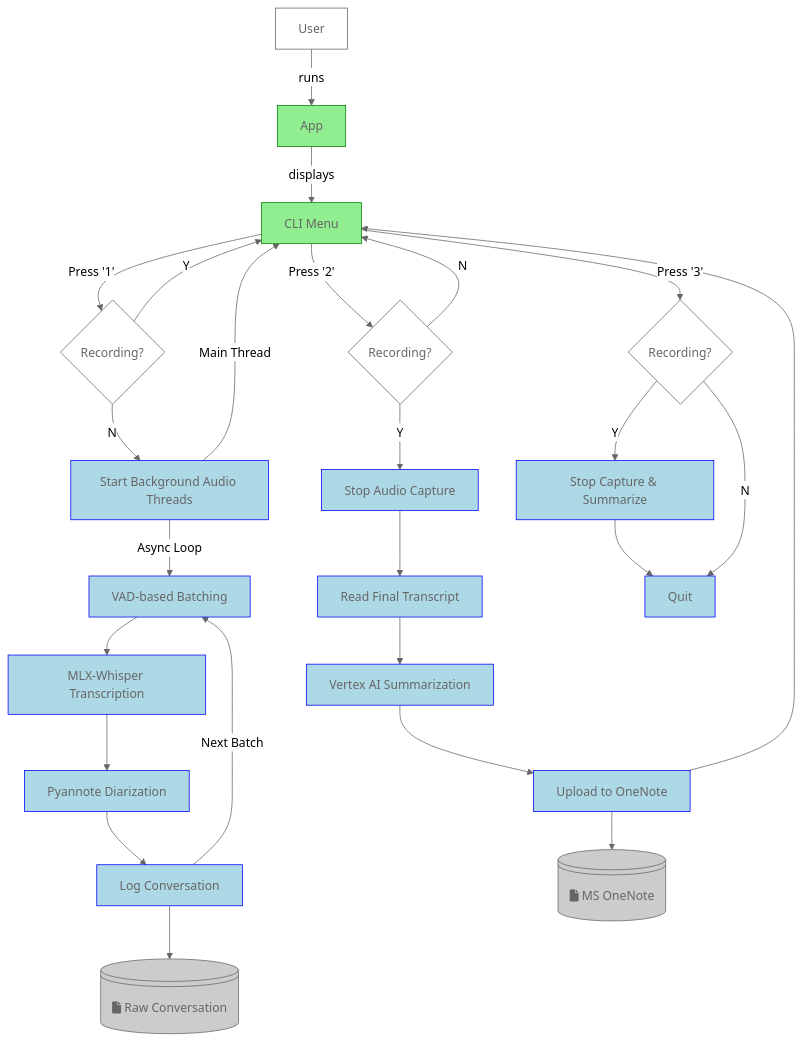
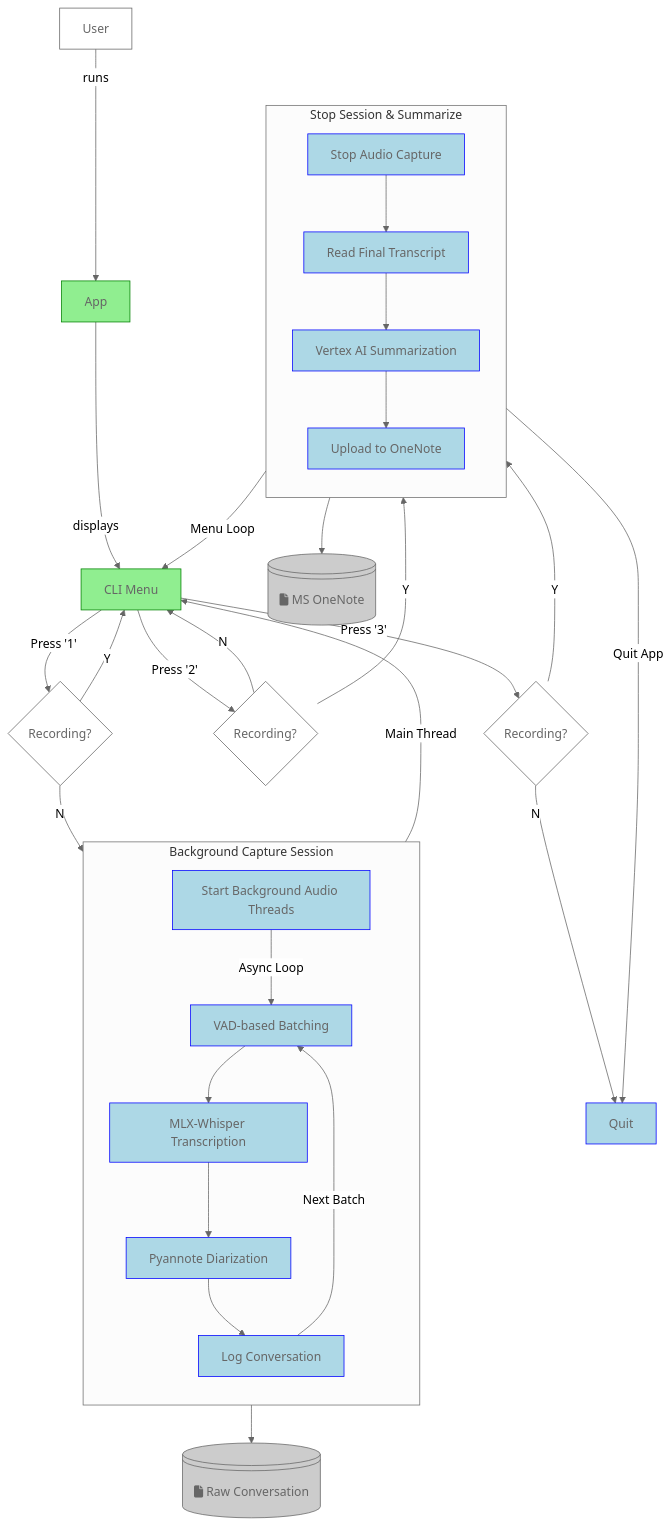
Before and after one commit to choonchernlim/you-talk-too-much-app: the diagram in README.md, drawn with Mermaid (neutral theme).

Commit message:
feat: restructure flowchart in README for improved clarity and organization

````diff
--- a/README.md
+++ b/README.md
@@ -26,53 +26,61 @@
 ```mermaid
 flowchart TD
    A[User]:::defClass
    APP[App]:::appClass
    MENU[CLI Menu]:::appClass
 
-   STEP1A[Start Background Audio Threads]:::toolClass
-   STEP1B[VAD-based Batching]:::toolClass
-   STEP1C[MLX-Whisper Transcription]:::toolClass
-   STEP1D[Pyannote Diarization]:::toolClass
-   STEP1E[Log Conversation]:::toolClass
+   subgraph CaptureProcess[Background Capture Session]
+       direction TB
+       STEP1A[Start Background Audio Threads]:::toolClass
+       STEP1B[VAD-based Batching]:::toolClass
+       STEP1C[MLX-Whisper Transcription]:::toolClass
+       STEP1D[Pyannote Diarization]:::toolClass
+       STEP1E[Log Conversation]:::toolClass
+   end
 
-   STEP2A[Stop Audio Capture]:::toolClass
-   STEP2B[Read Final Transcript]:::toolClass
-   STEP2C[Vertex AI Summarization]:::toolClass
-   STEP2D[Upload to OneNote]:::toolClass
+   subgraph StopProcess[Stop Session & Summarize]
+       direction TB
+       STEP2A[Stop Audio Capture]:::toolClass
+       STEP2B[Read Final Transcript]:::toolClass
+       STEP2C[Vertex AI Summarization]:::toolClass
+       STEP2D[Upload to OneNote]:::toolClass
+   end
 
    FILESYSTEM:::artifactClass@{ shape: lin-cyl, label: "fa:fa-file Raw Conversation" }
    ONENOTE:::artifactClass@{ shape: lin-cyl, label: "fa:fa-file MS OneNote" }
 
    A -- runs --> APP
    APP -- displays --> MENU
 
    MENU -- Press '1' --> DEC1{Recording?}:::defClass
    DEC1 -- Y --> MENU
    DEC1 -- N --> STEP1A
    STEP1A -- Main Thread --> MENU
    STEP1A -- Async Loop --> STEP1B
    STEP1B --> STEP1C
    STEP1C --> STEP1D
    STEP1D --> STEP1E
    STEP1E --> FILESYSTEM
    STEP1E -- Next Batch --> STEP1B
 
    MENU -- Press '2' --> DEC2{Recording?}:::defClass
    DEC2 -- N --> MENU
    DEC2 -- Y --> STEP2A
+
    STEP2A --> STEP2B
    STEP2B --> STEP2C
    STEP2C --> STEP2D
    STEP2D --> ONENOTE
-   STEP2D --> MENU
+
+   STEP2D -- Menu Loop --> MENU
 
    MENU -- Press '3' --> DEC3{Recording?}:::defClass
-   DEC3 -- Y --> STEP3_STOP[Stop Capture & Summarize]:::toolClass
-   STEP3_STOP --> STEP3A[Quit]:::toolClass
-   DEC3 -- N --> STEP3A
+   DEC3 -- Y --> STEP2A
+   DEC3 -- N --> STEP3A[Quit]:::toolClass
+   STEP2D -- Quit App --> STEP3A
 
    classDef defClass fill:#FFFFFF,stroke:#666666,color:#666666
    classDef appClass fill:lightgreen,stroke:green,color:#666666
    classDef toolClass fill:lightblue,stroke:blue,color:#666666
    classDef artifactClass fill:#CCCCCC,stroke:#666666,color:#666666
 ```
````
